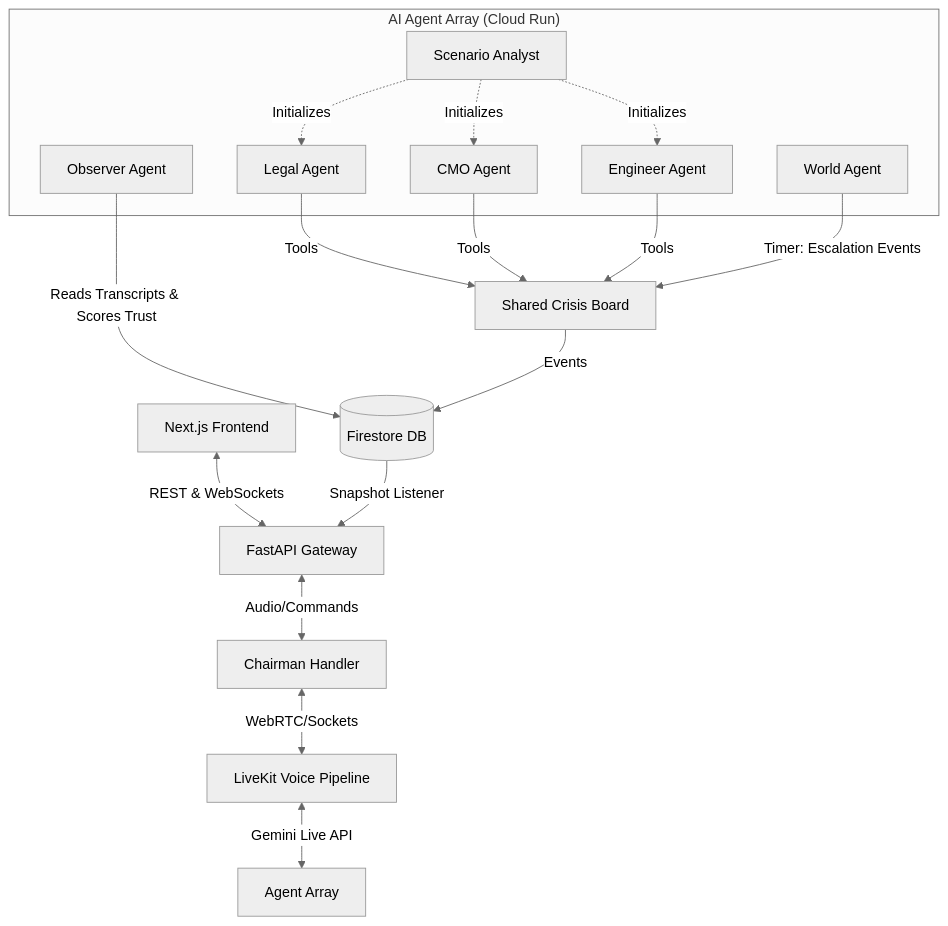
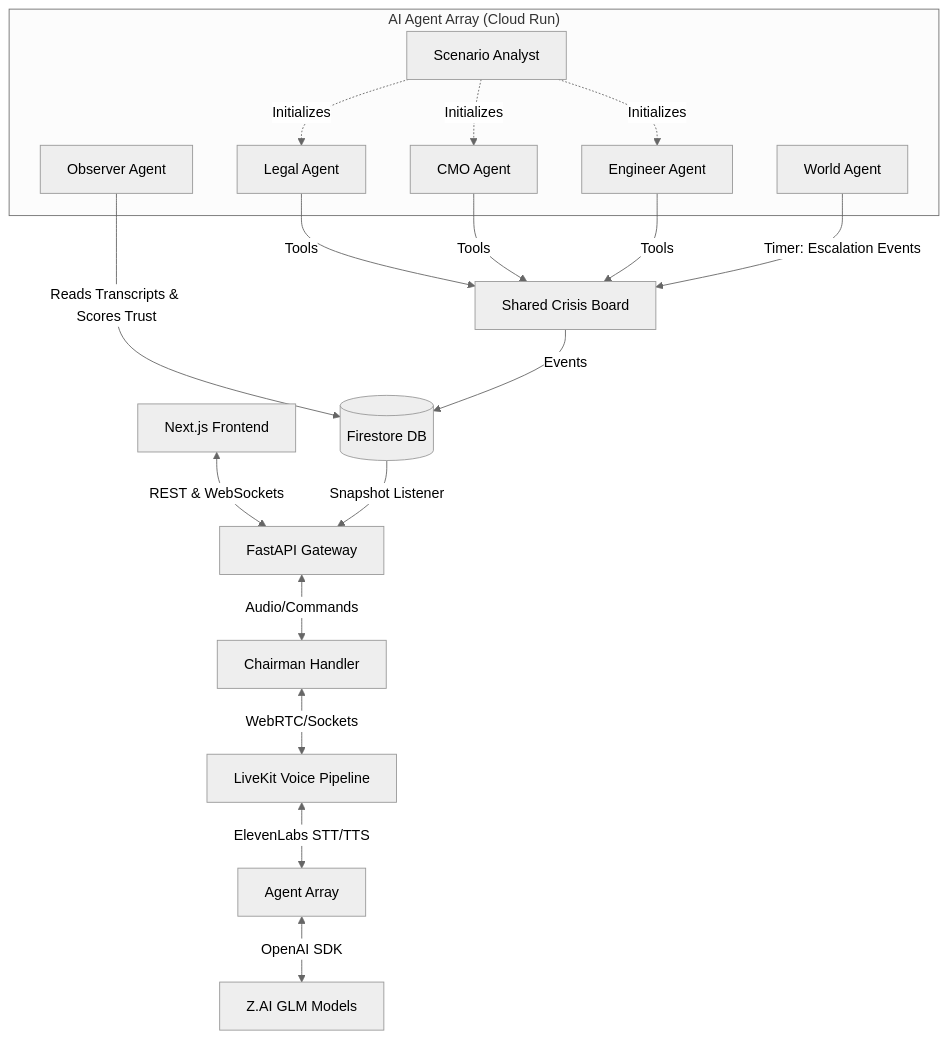
One commit to OkeyAmy/war-room-zai changed the first of 3 diagrams in README.md. Above: the diagram before and after it, drawn with Mermaid (neutral theme). The commit also changed other lines of this file and 29 other files, not shown here.

````diff
--- a/README.md
+++ b/README.md
@@ -18,29 +18,30 @@
 ```mermaid
 graph TD
     UI[Next.js Frontend] <-->|REST & WebSockets| GW[FastAPI Gateway]
     GW <-->|Audio/Commands| CH[Chairman Handler]
     CH <-->|WebRTC/Sockets| VP[LiveKit Voice Pipeline]
-    VP <-->|Gemini Live API| AI[Agent Array]
+    VP <-->|ElevenLabs STT/TTS| AI[Agent Array]
+    AI <-->|OpenAI SDK| ZAI[Z.AI GLM Models]
     
     subgraph "AI Agent Array (Cloud Run)"
         SA[Scenario Analyst]
         A1[Legal Agent]
         A2[CMO Agent]
         A3[Engineer Agent]
         WA[World Agent]
         OA[Observer Agent]
         
         SA -.->|Initializes| A1
         SA -.->|Initializes| A2
         SA -.->|Initializes| A3
     end
     
     A1 -->|Tools| CB[Shared Crisis Board]
     A2 -->|Tools| CB
     A3 -->|Tools| CB
     WA -->|Timer: Escalation Events| CB
     OA -->|Reads Transcripts & Scores Trust| FS[(Firestore DB)]
     
     CB -->|Events| FS
     FS -->|Snapshot Listener| GW
 ```
````
